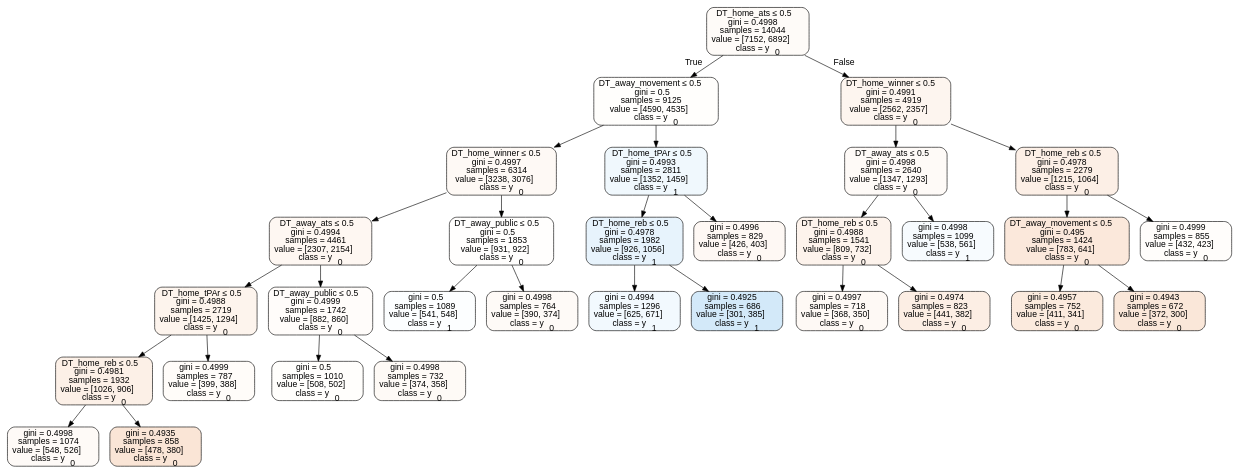
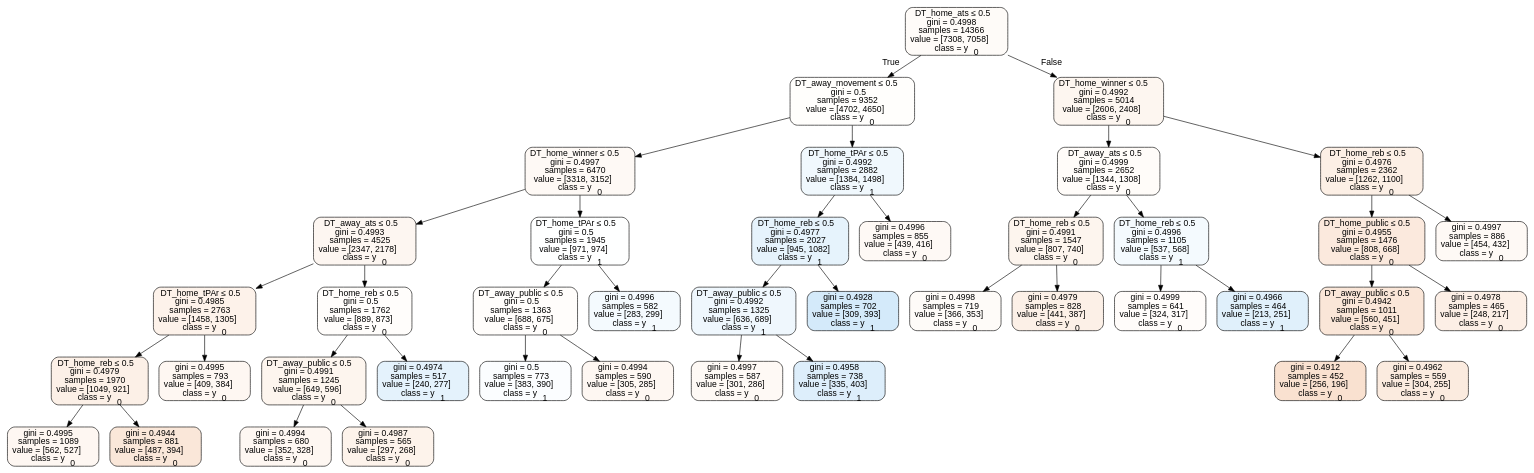
The diagram in tree_data/tree2013home.dot (usbogie/ncaa-bets), drawn with Graphviz before and after one commit. The commit also changed 50 other files, not shown here.

```diff
--- a/tree_data/tree2013home.dot
+++ b/tree_data/tree2013home.dot
@@ -1,65 +1,85 @@
 digraph Tree {
 node [shape=box, style="filled, rounded", color="black", fontname=helvetica] ;
 edge [fontname=helvetica] ;
-0 [label=<DT_home_ats &le; 0.5<br/>gini = 0.4998<br/>samples = 14044<br/>value = [7152, 6892]<br/>class = y<SUB>0</SUB>>, fillcolor="#e5813909"] ;
-1 [label=<DT_away_movement &le; 0.5<br/>gini = 0.5<br/>samples = 9125<br/>value = [4590, 4535]<br/>class = y<SUB>0</SUB>>, fillcolor="#e5813903"] ;
+0 [label=<DT_home_ats &le; 0.5<br/>gini = 0.4998<br/>samples = 14366<br/>value = [7308, 7058]<br/>class = y<SUB>0</SUB>>, fillcolor="#e5813909"] ;
+1 [label=<DT_away_movement &le; 0.5<br/>gini = 0.5<br/>samples = 9352<br/>value = [4702, 4650]<br/>class = y<SUB>0</SUB>>, fillcolor="#e5813903"] ;
 0 -> 1 [labeldistance=2.5, labelangle=45, headlabel="True"] ;
-2 [label=<DT_home_winner &le; 0.5<br/>gini = 0.4997<br/>samples = 6314<br/>value = [3238, 3076]<br/>class = y<SUB>0</SUB>>, fillcolor="#e581390d"] ;
+2 [label=<DT_home_winner &le; 0.5<br/>gini = 0.4997<br/>samples = 6470<br/>value = [3318, 3152]<br/>class = y<SUB>0</SUB>>, fillcolor="#e581390d"] ;
 1 -> 2 ;
-3 [label=<DT_away_ats &le; 0.5<br/>gini = 0.4994<br/>samples = 4461<br/>value = [2307, 2154]<br/>class = y<SUB>0</SUB>>, fillcolor="#e5813911"] ;
+3 [label=<DT_away_ats &le; 0.5<br/>gini = 0.4993<br/>samples = 4525<br/>value = [2347, 2178]<br/>class = y<SUB>0</SUB>>, fillcolor="#e5813912"] ;
 2 -> 3 ;
-4 [label=<DT_home_tPAr &le; 0.5<br/>gini = 0.4988<br/>samples = 2719<br/>value = [1425, 1294]<br/>class = y<SUB>0</SUB>>, fillcolor="#e5813917"] ;
+4 [label=<DT_home_tPAr &le; 0.5<br/>gini = 0.4985<br/>samples = 2763<br/>value = [1458, 1305]<br/>class = y<SUB>0</SUB>>, fillcolor="#e581391b"] ;
 3 -> 4 ;
-5 [label=<DT_home_reb &le; 0.5<br/>gini = 0.4981<br/>samples = 1932<br/>value = [1026, 906]<br/>class = y<SUB>0</SUB>>, fillcolor="#e581391e"] ;
+5 [label=<DT_home_reb &le; 0.5<br/>gini = 0.4979<br/>samples = 1970<br/>value = [1049, 921]<br/>class = y<SUB>0</SUB>>, fillcolor="#e581391f"] ;
 4 -> 5 ;
-6 [label=<gini = 0.4998<br/>samples = 1074<br/>value = [548, 526]<br/>class = y<SUB>0</SUB>>, fillcolor="#e581390a"] ;
+6 [label=<gini = 0.4995<br/>samples = 1089<br/>value = [562, 527]<br/>class = y<SUB>0</SUB>>, fillcolor="#e5813910"] ;
 5 -> 6 ;
-7 [label=<gini = 0.4935<br/>samples = 858<br/>value = [478, 380]<br/>class = y<SUB>0</SUB>>, fillcolor="#e5813934"] ;
+7 [label=<gini = 0.4944<br/>samples = 881<br/>value = [487, 394]<br/>class = y<SUB>0</SUB>>, fillcolor="#e5813931"] ;
 5 -> 7 ;
-8 [label=<gini = 0.4999<br/>samples = 787<br/>value = [399, 388]<br/>class = y<SUB>0</SUB>>, fillcolor="#e5813907"] ;
+8 [label=<gini = 0.4995<br/>samples = 793<br/>value = [409, 384]<br/>class = y<SUB>0</SUB>>, fillcolor="#e5813910"] ;
 4 -> 8 ;
-9 [label=<DT_away_public &le; 0.5<br/>gini = 0.4999<br/>samples = 1742<br/>value = [882, 860]<br/>class = y<SUB>0</SUB>>, fillcolor="#e5813906"] ;
+9 [label=<DT_home_reb &le; 0.5<br/>gini = 0.5<br/>samples = 1762<br/>value = [889, 873]<br/>class = y<SUB>0</SUB>>, fillcolor="#e5813905"] ;
 3 -> 9 ;
-10 [label=<gini = 0.5<br/>samples = 1010<br/>value = [508, 502]<br/>class = y<SUB>0</SUB>>, fillcolor="#e5813903"] ;
+10 [label=<DT_away_public &le; 0.5<br/>gini = 0.4991<br/>samples = 1245<br/>value = [649, 596]<br/>class = y<SUB>0</SUB>>, fillcolor="#e5813915"] ;
 9 -> 10 ;
-11 [label=<gini = 0.4998<br/>samples = 732<br/>value = [374, 358]<br/>class = y<SUB>0</SUB>>, fillcolor="#e581390b"] ;
-9 -> 11 ;
-12 [label=<DT_away_public &le; 0.5<br/>gini = 0.5<br/>samples = 1853<br/>value = [931, 922]<br/>class = y<SUB>0</SUB>>, fillcolor="#e5813902"] ;
-2 -> 12 ;
-13 [label=<gini = 0.5<br/>samples = 1089<br/>value = [541, 548]<br/>class = y<SUB>1</SUB>>, fillcolor="#399de503"] ;
-12 -> 13 ;
-14 [label=<gini = 0.4998<br/>samples = 764<br/>value = [390, 374]<br/>class = y<SUB>0</SUB>>, fillcolor="#e581390a"] ;
-12 -> 14 ;
-15 [label=<DT_home_tPAr &le; 0.5<br/>gini = 0.4993<br/>samples = 2811<br/>value = [1352, 1459]<br/>class = y<SUB>1</SUB>>, fillcolor="#399de513"] ;
-1 -> 15 ;
-16 [label=<DT_home_reb &le; 0.5<br/>gini = 0.4978<br/>samples = 1982<br/>value = [926, 1056]<br/>class = y<SUB>1</SUB>>, fillcolor="#399de51f"] ;
+11 [label=<gini = 0.4994<br/>samples = 680<br/>value = [352, 328]<br/>class = y<SUB>0</SUB>>, fillcolor="#e5813911"] ;
+10 -> 11 ;
+12 [label=<gini = 0.4987<br/>samples = 565<br/>value = [297, 268]<br/>class = y<SUB>0</SUB>>, fillcolor="#e5813919"] ;
+10 -> 12 ;
+13 [label=<gini = 0.4974<br/>samples = 517<br/>value = [240, 277]<br/>class = y<SUB>1</SUB>>, fillcolor="#399de522"] ;
+9 -> 13 ;
+14 [label=<DT_home_tPAr &le; 0.5<br/>gini = 0.5<br/>samples = 1945<br/>value = [971, 974]<br/>class = y<SUB>1</SUB>>, fillcolor="#399de501"] ;
+2 -> 14 ;
+15 [label=<DT_away_public &le; 0.5<br/>gini = 0.5<br/>samples = 1363<br/>value = [688, 675]<br/>class = y<SUB>0</SUB>>, fillcolor="#e5813905"] ;
+14 -> 15 ;
+16 [label=<gini = 0.5<br/>samples = 773<br/>value = [383, 390]<br/>class = y<SUB>1</SUB>>, fillcolor="#399de505"] ;
 15 -> 16 ;
-17 [label=<gini = 0.4994<br/>samples = 1296<br/>value = [625, 671]<br/>class = y<SUB>1</SUB>>, fillcolor="#399de511"] ;
-16 -> 17 ;
-18 [label=<gini = 0.4925<br/>samples = 686<br/>value = [301, 385]<br/>class = y<SUB>1</SUB>>, fillcolor="#399de538"] ;
-16 -> 18 ;
-19 [label=<gini = 0.4996<br/>samples = 829<br/>value = [426, 403]<br/>class = y<SUB>0</SUB>>, fillcolor="#e581390e"] ;
-15 -> 19 ;
-20 [label=<DT_home_winner &le; 0.5<br/>gini = 0.4991<br/>samples = 4919<br/>value = [2562, 2357]<br/>class = y<SUB>0</SUB>>, fillcolor="#e5813914"] ;
-0 -> 20 [labeldistance=2.5, labelangle=-45, headlabel="False"] ;
-21 [label=<DT_away_ats &le; 0.5<br/>gini = 0.4998<br/>samples = 2640<br/>value = [1347, 1293]<br/>class = y<SUB>0</SUB>>, fillcolor="#e581390a"] ;
+17 [label=<gini = 0.4994<br/>samples = 590<br/>value = [305, 285]<br/>class = y<SUB>0</SUB>>, fillcolor="#e5813911"] ;
+15 -> 17 ;
+18 [label=<gini = 0.4996<br/>samples = 582<br/>value = [283, 299]<br/>class = y<SUB>1</SUB>>, fillcolor="#399de50e"] ;
+14 -> 18 ;
+19 [label=<DT_home_tPAr &le; 0.5<br/>gini = 0.4992<br/>samples = 2882<br/>value = [1384, 1498]<br/>class = y<SUB>1</SUB>>, fillcolor="#399de513"] ;
+1 -> 19 ;
+20 [label=<DT_home_reb &le; 0.5<br/>gini = 0.4977<br/>samples = 2027<br/>value = [945, 1082]<br/>class = y<SUB>1</SUB>>, fillcolor="#399de520"] ;
+19 -> 20 ;
+21 [label=<DT_away_public &le; 0.5<br/>gini = 0.4992<br/>samples = 1325<br/>value = [636, 689]<br/>class = y<SUB>1</SUB>>, fillcolor="#399de514"] ;
 20 -> 21 ;
-22 [label=<DT_home_reb &le; 0.5<br/>gini = 0.4988<br/>samples = 1541<br/>value = [809, 732]<br/>class = y<SUB>0</SUB>>, fillcolor="#e5813918"] ;
+22 [label=<gini = 0.4997<br/>samples = 587<br/>value = [301, 286]<br/>class = y<SUB>0</SUB>>, fillcolor="#e581390d"] ;
 21 -> 22 ;
-23 [label=<gini = 0.4997<br/>samples = 718<br/>value = [368, 350]<br/>class = y<SUB>0</SUB>>, fillcolor="#e581390c"] ;
-22 -> 23 ;
-24 [label=<gini = 0.4974<br/>samples = 823<br/>value = [441, 382]<br/>class = y<SUB>0</SUB>>, fillcolor="#e5813922"] ;
-22 -> 24 ;
-25 [label=<gini = 0.4998<br/>samples = 1099<br/>value = [538, 561]<br/>class = y<SUB>1</SUB>>, fillcolor="#399de50a"] ;
-21 -> 25 ;
-26 [label=<DT_home_reb &le; 0.5<br/>gini = 0.4978<br/>samples = 2279<br/>value = [1215, 1064]<br/>class = y<SUB>0</SUB>>, fillcolor="#e5813920"] ;
-20 -> 26 ;
-27 [label=<DT_away_movement &le; 0.5<br/>gini = 0.495<br/>samples = 1424<br/>value = [783, 641]<br/>class = y<SUB>0</SUB>>, fillcolor="#e581392e"] ;
+23 [label=<gini = 0.4958<br/>samples = 738<br/>value = [335, 403]<br/>class = y<SUB>1</SUB>>, fillcolor="#399de52b"] ;
+21 -> 23 ;
+24 [label=<gini = 0.4928<br/>samples = 702<br/>value = [309, 393]<br/>class = y<SUB>1</SUB>>, fillcolor="#399de537"] ;
+20 -> 24 ;
+25 [label=<gini = 0.4996<br/>samples = 855<br/>value = [439, 416]<br/>class = y<SUB>0</SUB>>, fillcolor="#e581390d"] ;
+19 -> 25 ;
+26 [label=<DT_home_winner &le; 0.5<br/>gini = 0.4992<br/>samples = 5014<br/>value = [2606, 2408]<br/>class = y<SUB>0</SUB>>, fillcolor="#e5813913"] ;
+0 -> 26 [labeldistance=2.5, labelangle=-45, headlabel="False"] ;
+27 [label=<DT_away_ats &le; 0.5<br/>gini = 0.4999<br/>samples = 2652<br/>value = [1344, 1308]<br/>class = y<SUB>0</SUB>>, fillcolor="#e5813907"] ;
 26 -> 27 ;
-28 [label=<gini = 0.4957<br/>samples = 752<br/>value = [411, 341]<br/>class = y<SUB>0</SUB>>, fillcolor="#e581392b"] ;
+28 [label=<DT_home_reb &le; 0.5<br/>gini = 0.4991<br/>samples = 1547<br/>value = [807, 740]<br/>class = y<SUB>0</SUB>>, fillcolor="#e5813915"] ;
 27 -> 28 ;
-29 [label=<gini = 0.4943<br/>samples = 672<br/>value = [372, 300]<br/>class = y<SUB>0</SUB>>, fillcolor="#e5813931"] ;
-27 -> 29 ;
-30 [label=<gini = 0.4999<br/>samples = 855<br/>value = [432, 423]<br/>class = y<SUB>0</SUB>>, fillcolor="#e5813905"] ;
-26 -> 30 ;
+29 [label=<gini = 0.4998<br/>samples = 719<br/>value = [366, 353]<br/>class = y<SUB>0</SUB>>, fillcolor="#e5813909"] ;
+28 -> 29 ;
+30 [label=<gini = 0.4979<br/>samples = 828<br/>value = [441, 387]<br/>class = y<SUB>0</SUB>>, fillcolor="#e581391f"] ;
+28 -> 30 ;
+31 [label=<DT_home_reb &le; 0.5<br/>gini = 0.4996<br/>samples = 1105<br/>value = [537, 568]<br/>class = y<SUB>1</SUB>>, fillcolor="#399de50e"] ;
+27 -> 31 ;
+32 [label=<gini = 0.4999<br/>samples = 641<br/>value = [324, 317]<br/>class = y<SUB>0</SUB>>, fillcolor="#e5813906"] ;
+31 -> 32 ;
+33 [label=<gini = 0.4966<br/>samples = 464<br/>value = [213, 251]<br/>class = y<SUB>1</SUB>>, fillcolor="#399de527"] ;
+31 -> 33 ;
+34 [label=<DT_home_reb &le; 0.5<br/>gini = 0.4976<br/>samples = 2362<br/>value = [1262, 1100]<br/>class = y<SUB>0</SUB>>, fillcolor="#e5813921"] ;
+26 -> 34 ;
+35 [label=<DT_home_public &le; 0.5<br/>gini = 0.4955<br/>samples = 1476<br/>value = [808, 668]<br/>class = y<SUB>0</SUB>>, fillcolor="#e581392c"] ;
+34 -> 35 ;
+36 [label=<DT_away_public &le; 0.5<br/>gini = 0.4942<br/>samples = 1011<br/>value = [560, 451]<br/>class = y<SUB>0</SUB>>, fillcolor="#e5813932"] ;
+35 -> 36 ;
+37 [label=<gini = 0.4912<br/>samples = 452<br/>value = [256, 196]<br/>class = y<SUB>0</SUB>>, fillcolor="#e581393c"] ;
+36 -> 37 ;
+38 [label=<gini = 0.4962<br/>samples = 559<br/>value = [304, 255]<br/>class = y<SUB>0</SUB>>, fillcolor="#e5813929"] ;
+36 -> 38 ;
+39 [label=<gini = 0.4978<br/>samples = 465<br/>value = [248, 217]<br/>class = y<SUB>0</SUB>>, fillcolor="#e5813920"] ;
+35 -> 39 ;
+40 [label=<gini = 0.4997<br/>samples = 886<br/>value = [454, 432]<br/>class = y<SUB>0</SUB>>, fillcolor="#e581390c"] ;
+34 -> 40 ;
 }
```
